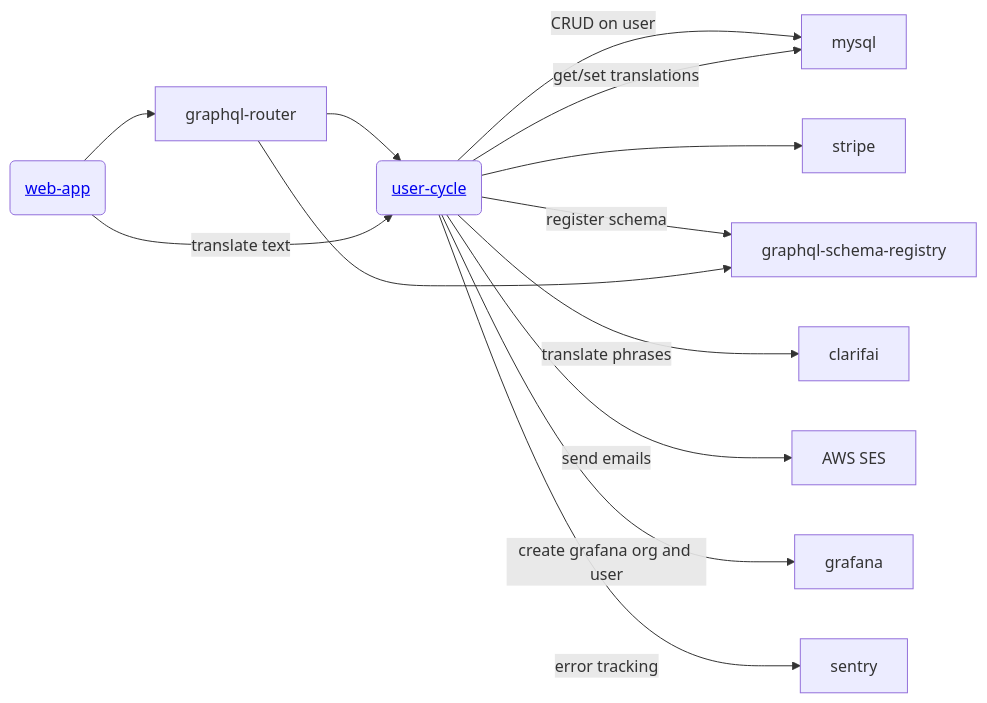
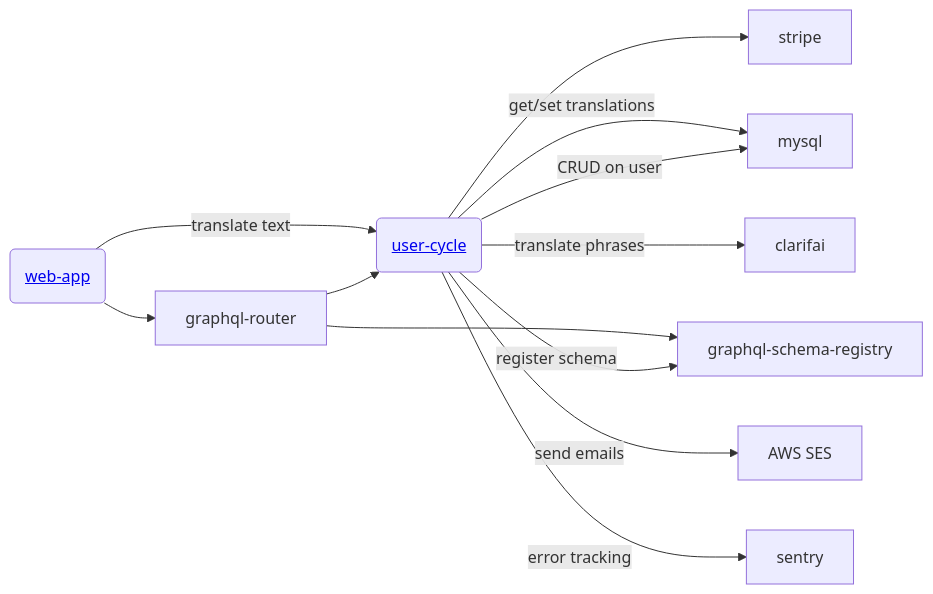
One commit to Gratheon/user-cycle changed the diagram in README.md. Above: the diagram before and after it, drawn with Mermaid. The commit also changed other lines of this file and 3 other files, not shown here.

Commit message:
refactor: remove Grafana user provisioning

````diff
--- a/README.md
+++ b/README.md
@@ -217,16 +216,15 @@
 ```mermaid
 flowchart LR
     web-app("<a href='https://github.com/Gratheon/web-app'>web-app</a>") --> graphql-router
 
     graphql-router --> user-cycle("<a href='https://github.com/Gratheon/user-cycle'>user-cycle</a>") --"CRUD on user"--> mysql
     user-cycle --> stripe
     user-cycle --"register schema"--> graphql-schema-registry
     graphql-router --> graphql-schema-registry
 
     web-app--"translate text" --> user-cycle --"translate phrases"--> clarifai
     user-cycle--"get/set translations"--> mysql
 
     user-cycle--"send emails"--> aws-ses["AWS SES"]
-    user-cycle--"create grafana org and user"--> grafana
     user-cycle--"error tracking"--> sentry
 ```
````
